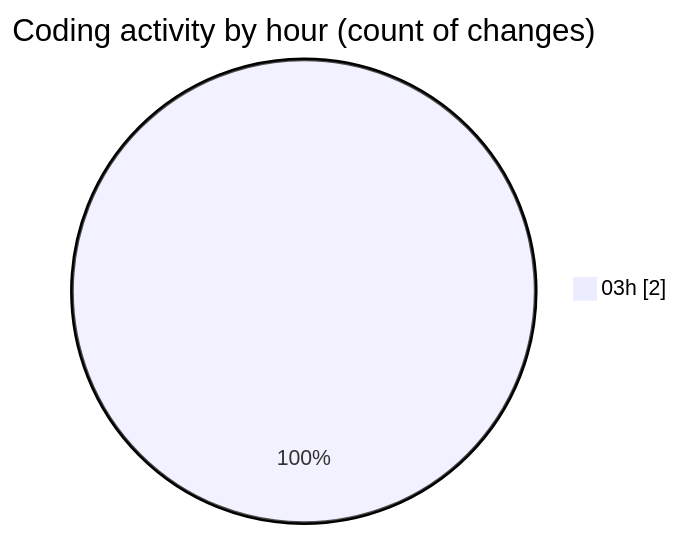
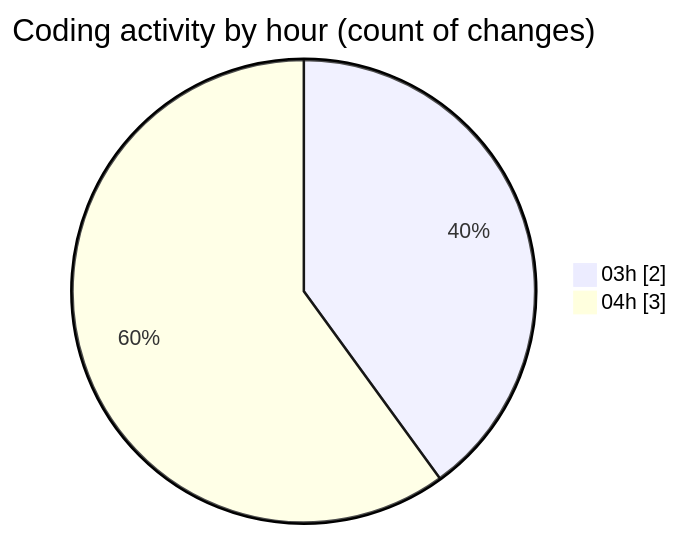
The second of 2 diagrams in 2026-02-07/singularitybrainai/README.md (tmsrecording-cyber/code-tracking), drawn with Mermaid before and after one commit. The commit also changed other lines of this file and 1 other file, not shown here.

````diff
--- a/2026-02-07/singularitybrainai/README.md
+++ b/2026-02-07/singularitybrainai/README.md
@@ -28,5 +29,6 @@
 ```mermaid
 pie showData
 title Coding activity by hour (count of changes)
 "03h" : 2
+"04h" : 3
 ```
````
